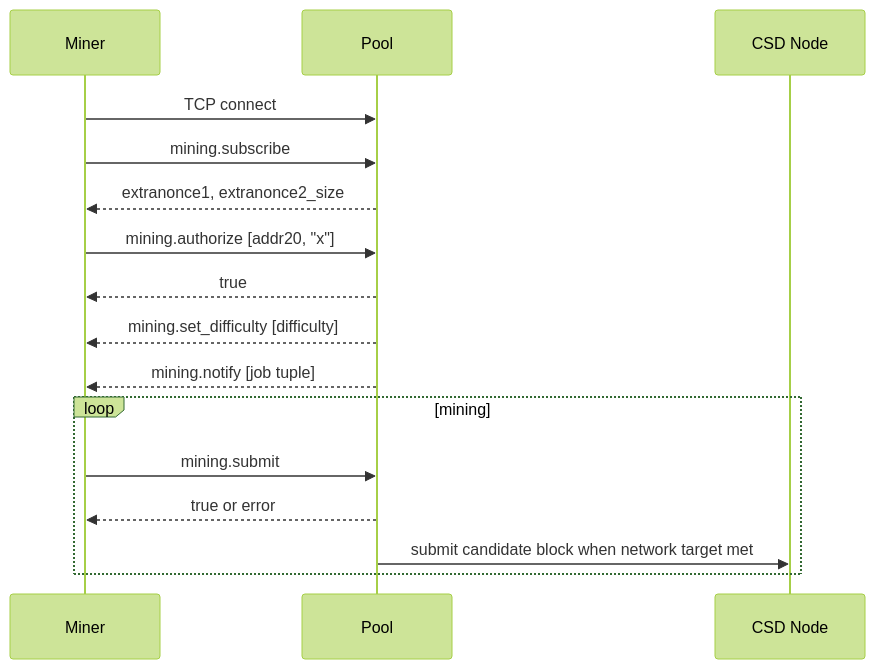
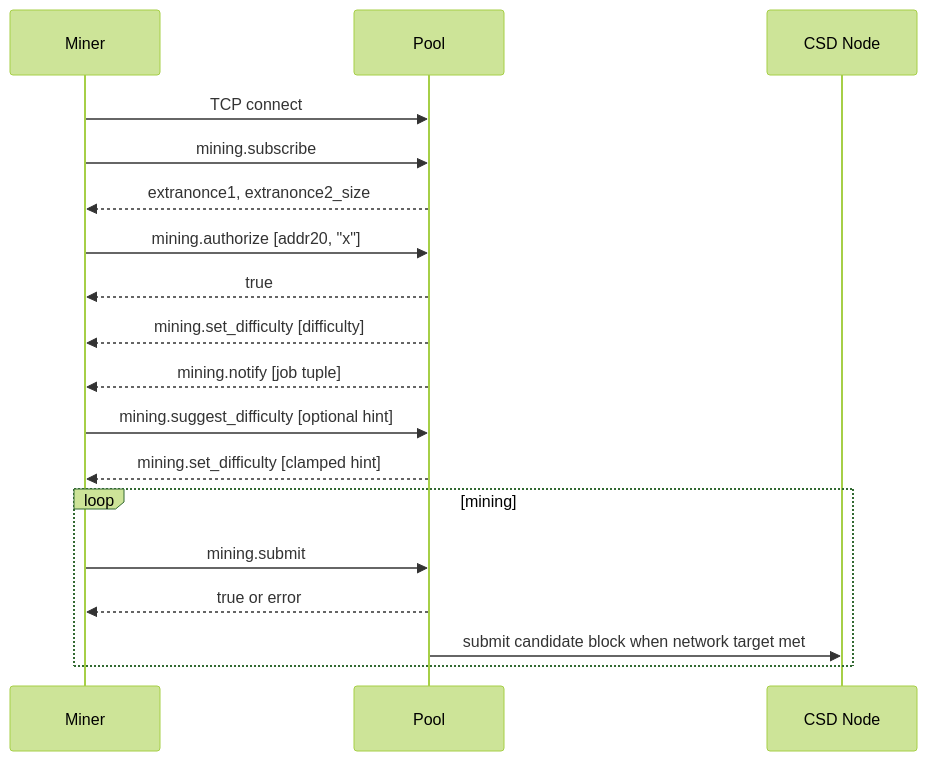
The diagram in docs/protocol-spec.md (Edman2025/csd_pool), drawn with Mermaid (forest theme) before and after one commit. The commit also changed other lines of this file and 9 other files, not shown here.

````diff
--- a/docs/protocol-spec.md
+++ b/docs/protocol-spec.md
@@ -23,19 +23,21 @@
 ```mermaid
 sequenceDiagram
   participant M as Miner
   participant P as Pool
   participant C as CSD Node
 
   M->>P: TCP connect
   M->>P: mining.subscribe
   P-->>M: extranonce1, extranonce2_size
   M->>P: mining.authorize [addr20, "x"]
   P-->>M: true
   P-->>M: mining.set_difficulty [difficulty]
   P-->>M: mining.notify [job tuple]
+  M->>P: mining.suggest_difficulty [optional hint]
+  P-->>M: mining.set_difficulty [clamped hint]
   loop mining
     M->>P: mining.submit
     P-->>M: true or error
     P->>C: submit candidate block when network target met
   end
 ```
````
